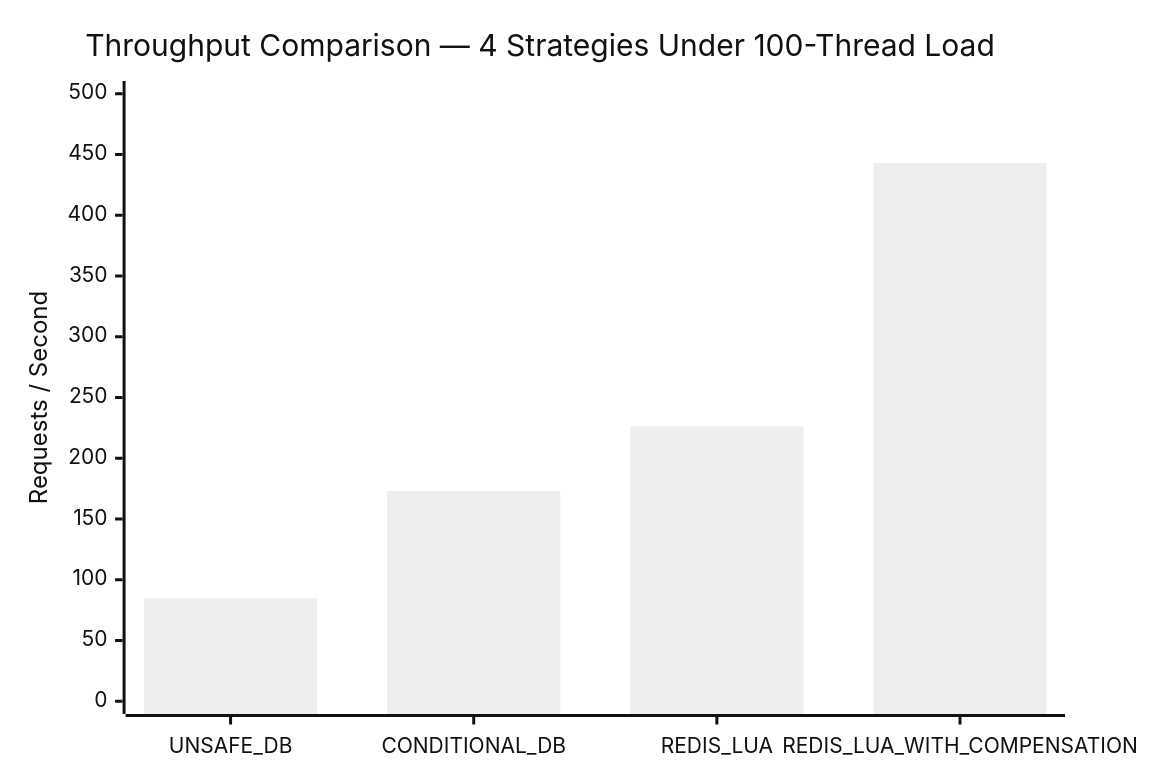
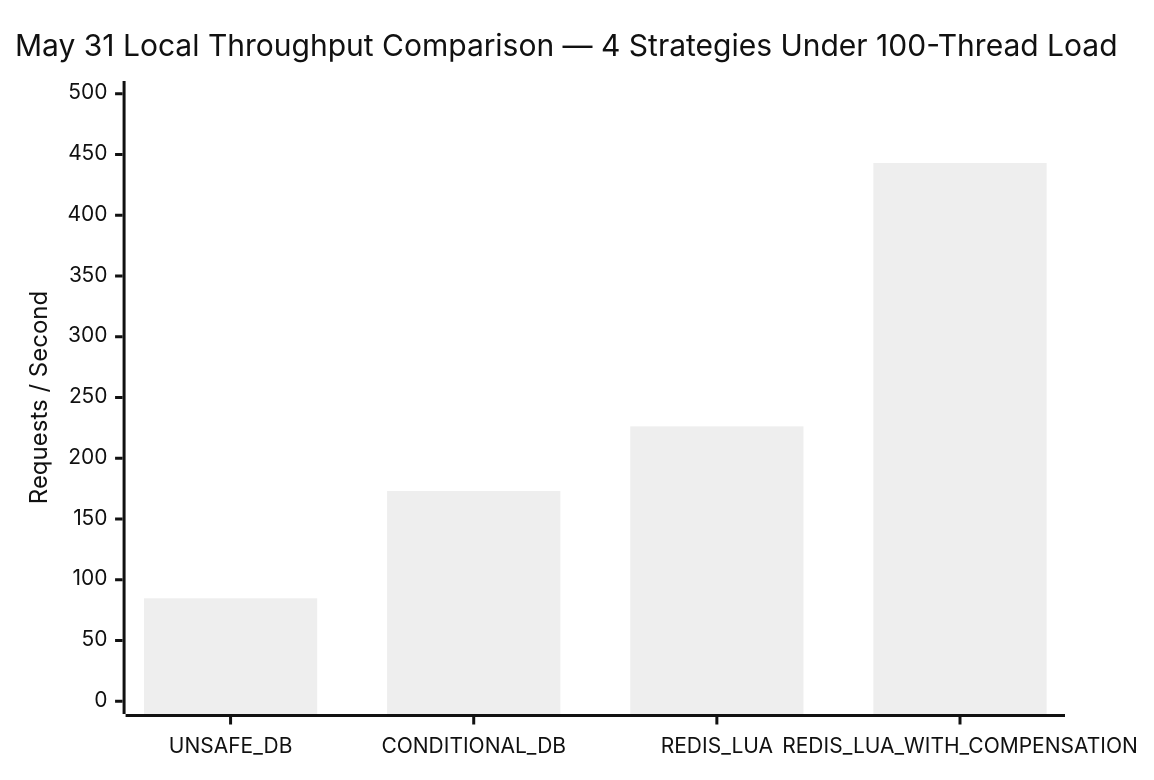
Before and after one commit to qwan30/Flash-Sale-Concurrency-Engine: the third of 3 diagrams in README.md, drawn with Mermaid (neutral theme). The commit also changed other lines of this file and 38 other files, not shown here.

````diff
--- a/README.md
+++ b/README.md
@@ -154,7 +168,7 @@
 ```mermaid
 xychart-beta
-    title "Throughput Comparison — 4 Strategies Under 100-Thread Load"
+    title "May 31 Local Throughput Comparison — 4 Strategies Under 100-Thread Load"
     x-axis ["UNSAFE_DB", "CONDITIONAL_DB", "REDIS_LUA", "REDIS_LUA_WITH_COMPENSATION"]
     y-axis "Requests / Second" 0 --> 500
     bar [84.71, 173.08, 226.25, 443.03]
 ```
````
